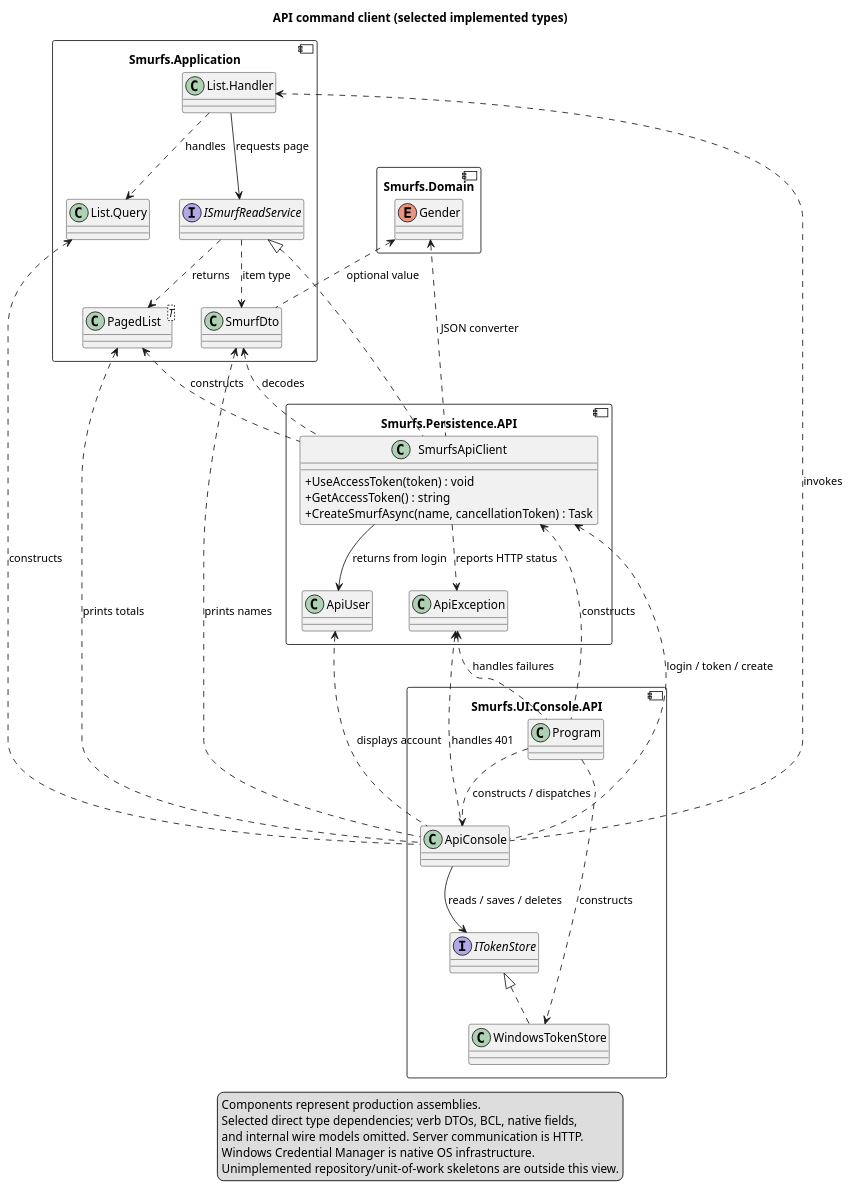
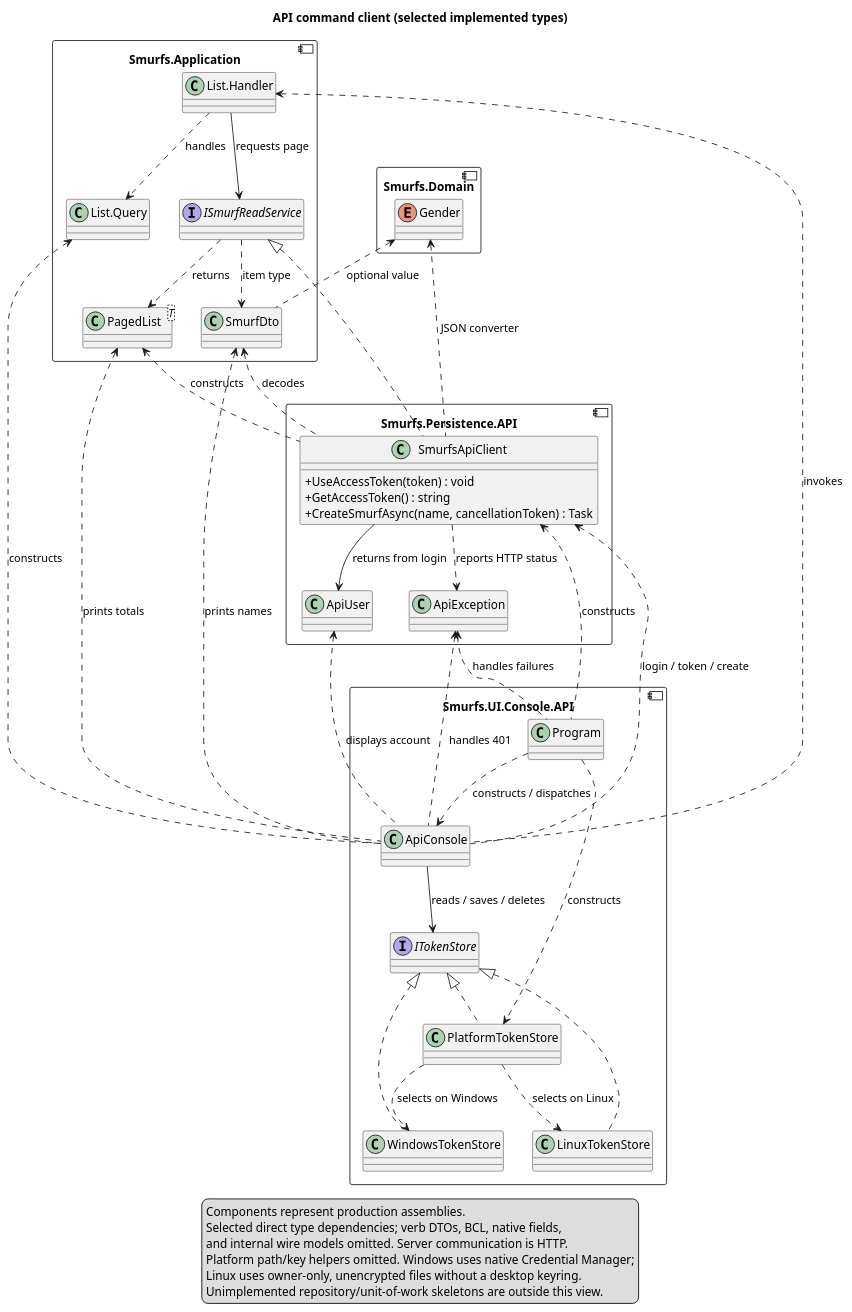
Before and after one commit to EbbeMeloSorensen/Smurfs: the diagram in docs/structural/diagrams/api-client.puml, drawn with PlantUML. The commit also changed 18 other files, not shown here.

Commit message:
Add Linux saved-login support with owner-only token storage

```diff
--- a/docs/structural/diagrams/api-client.puml
+++ b/docs/structural/diagrams/api-client.puml
@@ -1,63 +1,70 @@
 @startuml
 allowmixing
 set namespaceSeparator none
 skinparam componentStyle uml2
 skinparam classAttributeIconSize 0
 title API command client (selected implemented types)
 component "Smurfs.Domain" as Domain {
   enum Gender
 }
 component "Smurfs.Application" as Application {
   interface ISmurfReadService
   class "List.Handler" as Handler
   class "List.Query" as Query
   class SmurfDto
   class "PagedList<T>" as Page
 }
 component "Smurfs.Persistence.API" as Adapter {
   class SmurfsApiClient {
     +UseAccessToken(token) : void
     +GetAccessToken() : string
     +CreateSmurfAsync(name, cancellationToken) : Task
   }
   class ApiUser
   class ApiException
 }
 component "Smurfs.UI.Console.API" as Console {
   class Program
   class ApiConsole
   interface ITokenStore
+  class PlatformTokenStore
+  class LinuxTokenStore
   class WindowsTokenStore
 }
 SmurfsApiClient .up.|> ISmurfReadService
 SmurfsApiClient .up.> Gender : JSON converter
 SmurfsApiClient .up.> SmurfDto : decodes
 SmurfsApiClient .up.> Page : constructs
 SmurfsApiClient --> ApiUser : returns from login
 SmurfsApiClient ..> ApiException : reports HTTP status
 Handler --> ISmurfReadService : requests page
 Handler ..> Query : handles
 ISmurfReadService ..> SmurfDto : item type
 ISmurfReadService ..> Page : returns
 SmurfDto .up.> Gender : optional value
 Program ..> ApiConsole : constructs / dispatches
-Program ..> WindowsTokenStore : constructs
+Program ..> PlatformTokenStore : constructs
 Program .up.> SmurfsApiClient : constructs
 Program .up.> ApiException : handles failures
 ApiConsole --> ITokenStore : reads / saves / deletes
+PlatformTokenStore .up.|> ITokenStore
+PlatformTokenStore ..> WindowsTokenStore : selects on Windows
+PlatformTokenStore ..> LinuxTokenStore : selects on Linux
 WindowsTokenStore .up.|> ITokenStore
+LinuxTokenStore .up.|> ITokenStore
 ApiConsole .up.> SmurfsApiClient : login / token / create
 ApiConsole .up.> ApiUser : displays account
 ApiConsole .up.> ApiException : handles 401
 ApiConsole .up.> Handler : invokes
 ApiConsole .up.> Query : constructs
 ApiConsole .up.> Page : prints totals
 ApiConsole .up.> SmurfDto : prints names
 legend bottom
   Components represent production assemblies.
   Selected direct type dependencies; verb DTOs, BCL, native fields,
   and internal wire models omitted. Server communication is HTTP.
-  Windows Credential Manager is native OS infrastructure.
+  Platform path/key helpers omitted. Windows uses native Credential Manager;
+  Linux uses owner-only, unencrypted files without a desktop keyring.
   Unimplemented repository/unit-of-work skeletons are outside this view.
 endlegend
 @enduml
```
